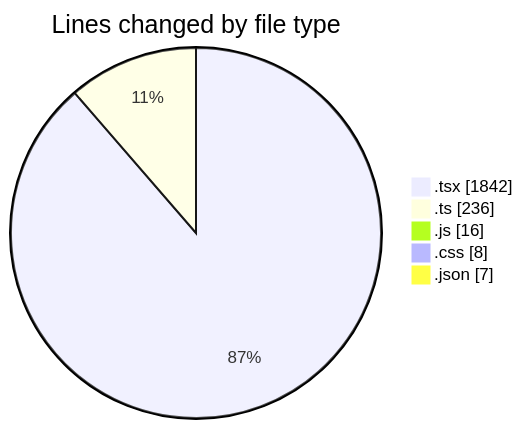
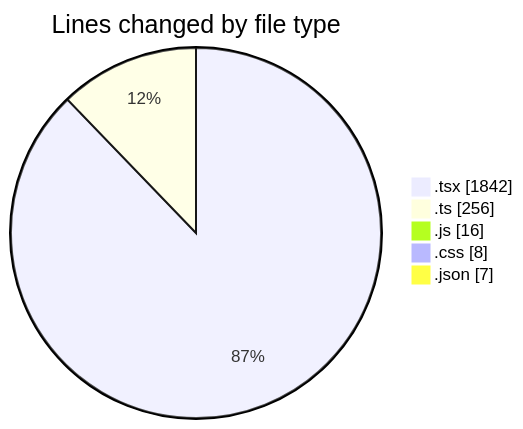
One commit to robertbonfada/code-tracking changed the first of 2 diagrams in 2025-01-17/mbc-web/README.md. Above: the diagram before and after it, drawn with Mermaid. The commit also changed other lines of this file and 1 other file, not shown here.

````diff
--- a/2025-01-17/mbc-web/README.md
+++ b/2025-01-17/mbc-web/README.md
@@ -34,9 +34,9 @@
 ```mermaid
 pie showData
 title Lines changed by file type
 ".tsx" : 1842
-".ts" : 236
+".ts" : 256
 ".js" : 16
 ".css" : 8
 ".json" : 7
 ```
````
